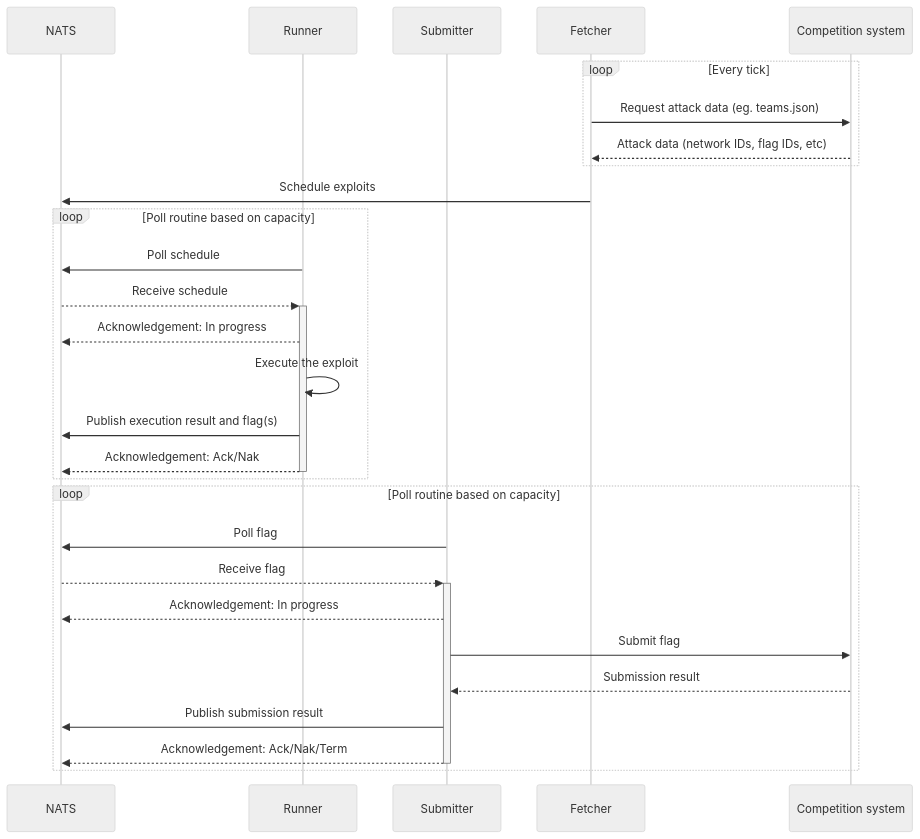
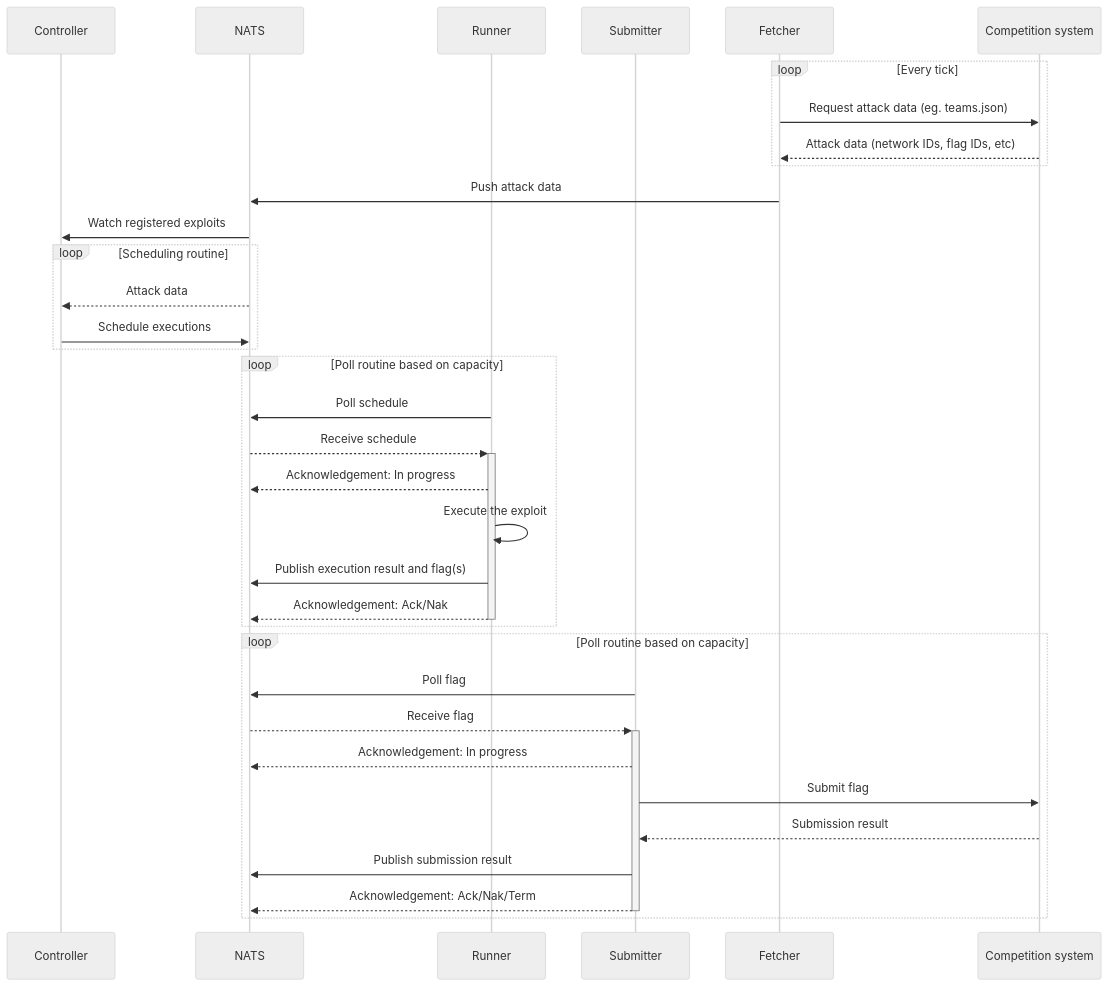
One commit to Cyberlandslaget/kriger changed the diagram in README.md. Above: the diagram before and after it, drawn with Mermaid (neutral theme). The commit also changed other lines of this file, not shown here.

Commit message:
docs: correct diagram and typo in readme

````diff
--- a/README.md
+++ b/README.md
@@ -138,30 +139,36 @@
 ```mermaid
 sequenceDiagram
-    participant nats as NATS
-    participant r as Runner
-    participant s as Submitter
-    participant f as Fetcher
-    participant cs as Competition system
-    loop Every tick
-        f ->> cs: Request attack data (eg. teams.json)
-        cs -->> f: Attack data (network IDs, flag IDs, etc)
-    end
-    f ->> nats: Schedule exploits
-    loop Poll routine based on capacity
-        r ->> nats: Poll schedule
-        nats -->> + r: Receive schedule
-        r -->> nats: Acknowledgement: In progress
-        r ->> r: Execute the exploit
-        r ->> nats: Publish execution result and flag(s)
-        r -->>  - nats: Acknowledgement: Ack/Nak
-    end
-    loop Poll routine based on capacity
-        s ->> nats: Poll flag
-        nats -->> + s: Receive flag
-        s -->> nats: Acknowledgement: In progress
-        s ->> cs: Submit flag
-        cs -->> s: Submission result
-        s ->> nats: Publish submission result
-        s -->>  - nats: Acknowledgement: Ack/Nak/Term
-    end
+  participant c as Controller
+  participant nats as NATS
+  participant r as Runner
+  participant s as Submitter
+  participant f as Fetcher
+  participant cs as Competition system
+  loop Every tick
+    f ->> cs: Request attack data (eg. teams.json)
+    cs -->> f: Attack data (network IDs, flag IDs, etc)
+  end
+  f ->> nats: Push attack data
+  nats ->> c: Watch registered exploits
+  loop Scheduling routine
+    nats -->> c: Attack data
+    c ->> nats: Schedule executions
+  end
+  loop Poll routine based on capacity
+    r ->> nats: Poll schedule
+    nats -->> + r: Receive schedule
+    r -->> nats: Acknowledgement: In progress
+    r ->> r: Execute the exploit
+    r ->> nats: Publish execution result and flag(s)
+    r -->>  - nats: Acknowledgement: Ack/Nak
+  end
+  loop Poll routine based on capacity
+    s ->> nats: Poll flag
+    nats -->> + s: Receive flag
+    s -->> nats: Acknowledgement: In progress
+    s ->> cs: Submit flag
+    cs -->> s: Submission result
+    s ->> nats: Publish submission result
+    s -->>  - nats: Acknowledgement: Ack/Nak/Term
+  end
 ```
````
